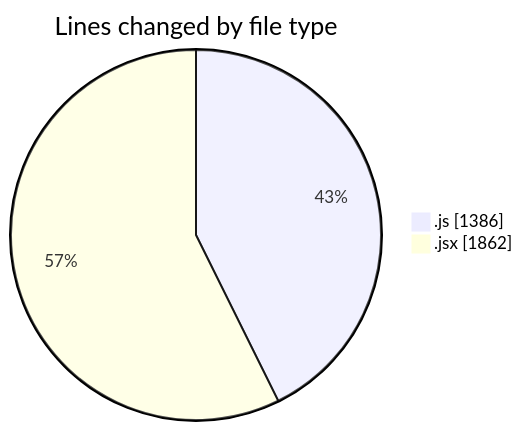
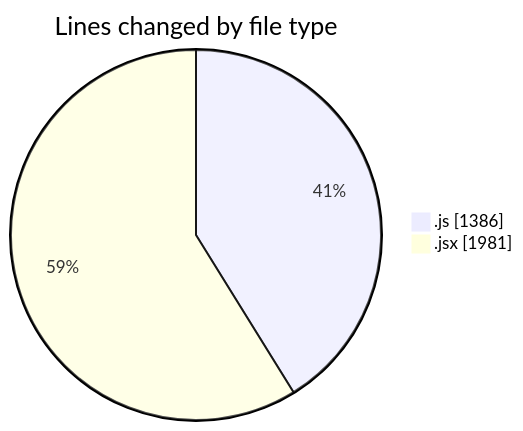
Before and after one commit to nxtqubesakshisongat/code-tracking: the first of 2 diagrams in 2025-07-29/nxtqube_webapp/README.md, drawn with Mermaid. The commit also changed other lines of this file and 1 other file, not shown here.

````diff
--- a/2025-07-29/nxtqube_webapp/README.md
+++ b/2025-07-29/nxtqube_webapp/README.md
@@ -28,6 +29,6 @@
 ```mermaid
 pie showData
 title Lines changed by file type
 ".js" : 1386
-".jsx" : 1862
+".jsx" : 1981
 ```
````
